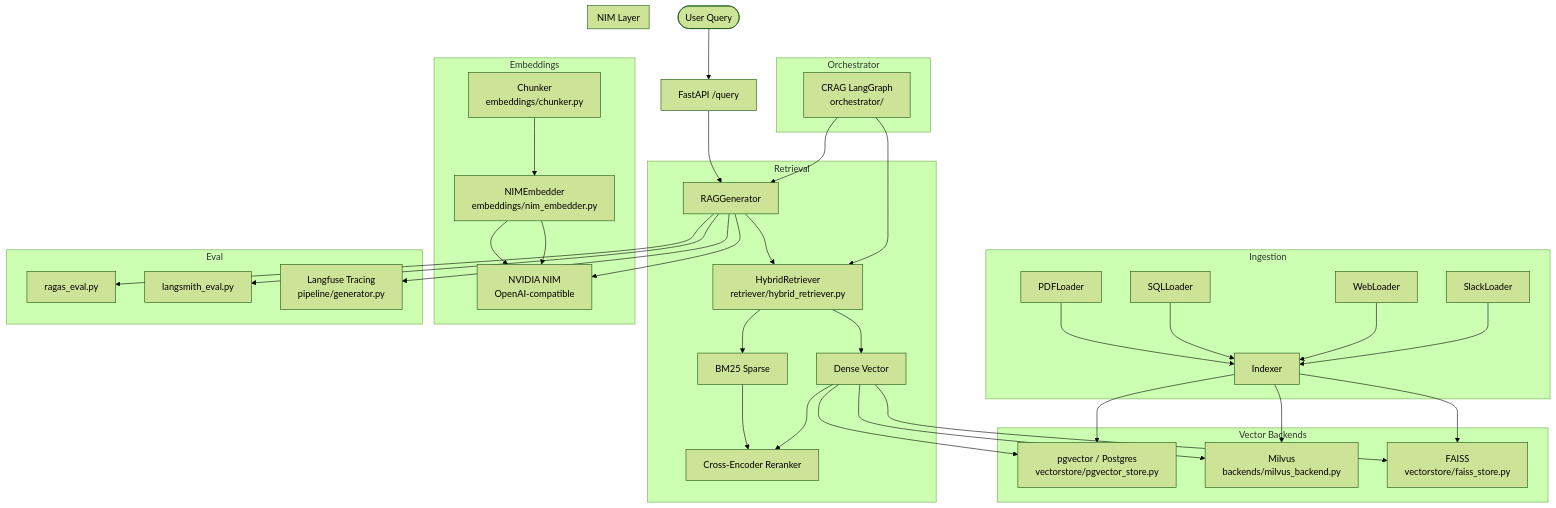
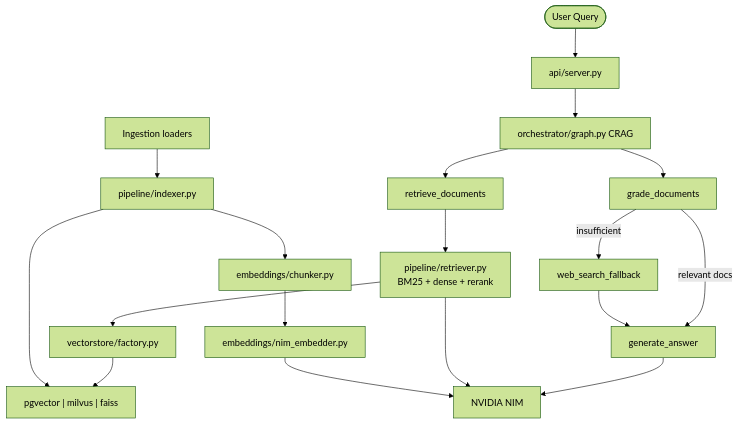
Before and after one commit to TylrDn/enterprise-rag-pipeline: the diagram in docs/architecture.md, drawn with Mermaid (forest theme). The commit also changed other lines of this file and 75 other files, not shown here.

First line of the commit message:
feat: complete enterprise RAG pipeline — CRAG, unified API, hybrid retrieval

````diff
--- a/docs/architecture.md
+++ b/docs/architecture.md
@@ -9,50 +9,20 @@
 ```mermaid
-graph TD
-    User([User Query]) --> API[FastAPI /query]
-    API --> Gen[RAGGenerator]
-
-    subgraph Retrieval
-        Gen --> Hybrid[HybridRetriever\nretriever/hybrid_retriever.py]
-        Hybrid --> BM25[BM25 Sparse]
-        Hybrid --> Dense[Dense Vector]
-        BM25 --> Rerank[Cross-Encoder Reranker]
-        Dense --> Rerank
-    end
-
-    subgraph Vector Backends
-        Dense --> PG[pgvector / Postgres\nvectorstore/pgvector_store.py]
-        Dense --> Milvus[Milvus\nbackends/milvus_backend.py]
-        Dense --> FAISS[FAISS\nvectorstore/faiss_store.py]
-    end
-
-    subgraph Ingestion
-        PDF[PDFLoader] --> Indexer
-        SQL[SQLLoader] --> Indexer
-        Web[WebLoader] --> Indexer
-        Slack[SlackLoader] --> Indexer
-        Indexer --> PG
-        Indexer --> Milvus
-        Indexer --> FAISS
-    end
-
-    subgraph Embeddings
-        Embed[NIMEmbedder\nembeddings/nim_embedder.py] --> NIM
-        Chunker[Chunker\nembeddings/chunker.py] --> Embed
-    end
-
-    subgraph NIM Layer
-        Gen --> NIM[NVIDIA NIM\nOpenAI-compatible]
-        Embed --> NIM
-    end
-
-    subgraph Orchestrator
-        CRAG[CRAG LangGraph\norchestrator/] --> Gen
-        CRAG --> Hybrid
-    end
-
-    subgraph Eval
-        Gen --> RAGAS[ragas_eval.py]
-        Gen --> LangSmith[langsmith_eval.py]
-        Gen --> Langfuse[Langfuse Tracing\npipeline/generator.py]
-    end
+flowchart TD
+    User([User Query]) --> API["api/server.py"]
+    API --> Graph["orchestrator/graph.py CRAG"]
+    Graph --> Retrieve["retrieve_documents"]
+    Graph --> Grade["grade_documents"]
+    Grade -->|relevant docs| Generate["generate_answer"]
+    Grade -->|insufficient| WebSearch["web_search_fallback"]
+    WebSearch --> Generate
+    Retrieve --> Hybrid["pipeline/retriever.py\nBM25 + dense + rerank"]
+    Hybrid --> Factory["vectorstore/factory.py"]
+    Factory --> Backends["pgvector | milvus | faiss"]
+    Generate --> NIM[NVIDIA NIM]
+    Hybrid --> NIM
+    Ingest[Ingestion loaders] --> Indexer[pipeline/indexer.py]
+    Indexer --> Backends
+    Indexer --> Chunker[embeddings/chunker.py]
+    Chunker --> Embedder[embeddings/nim_embedder.py]
+    Embedder --> NIM
 ```
````
